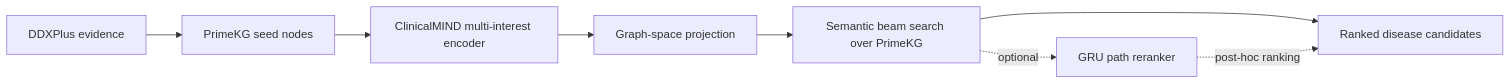
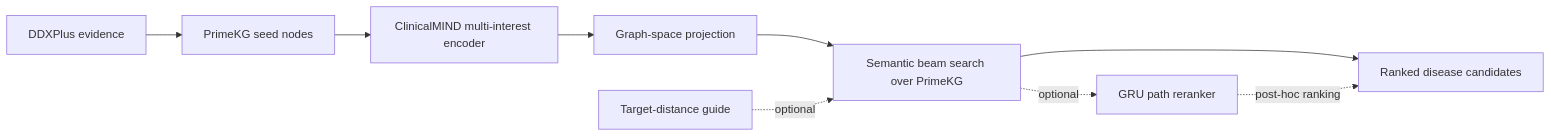
One commit to chikien07012006/MedMIG-CR changed the diagram in README.md. Above: the diagram before and after it, drawn with Mermaid. The commit also changed other lines of this file and 50 other files, not shown here.

````diff
--- a/README.md
+++ b/README.md
@@ -13,10 +13,11 @@
 ```mermaid
 flowchart LR
     A[DDXPlus evidence] --> B[PrimeKG seed nodes]
     B --> C[ClinicalMIND multi-interest encoder]
     C --> D[Graph-space projection]
     D --> E[Semantic beam search over PrimeKG]
+    T[Target-distance guide] -. optional .-> E
     E --> F[Ranked disease candidates]
     E -. optional .-> G[GRU path reranker]
     G -. post-hoc ranking .-> F
 ```
````
